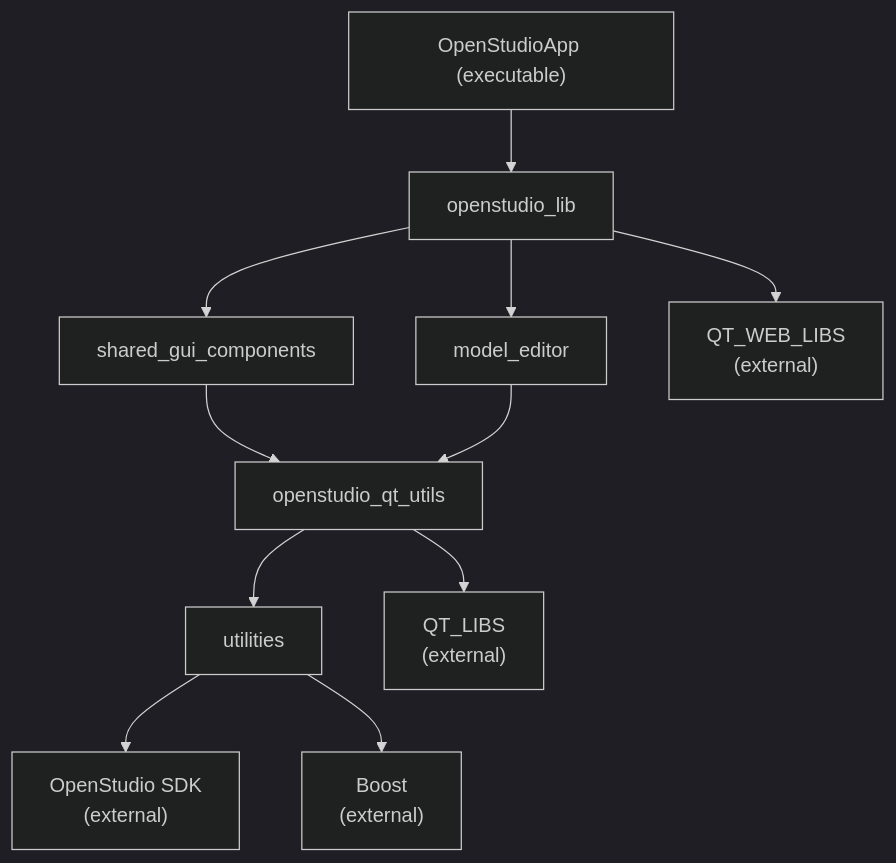
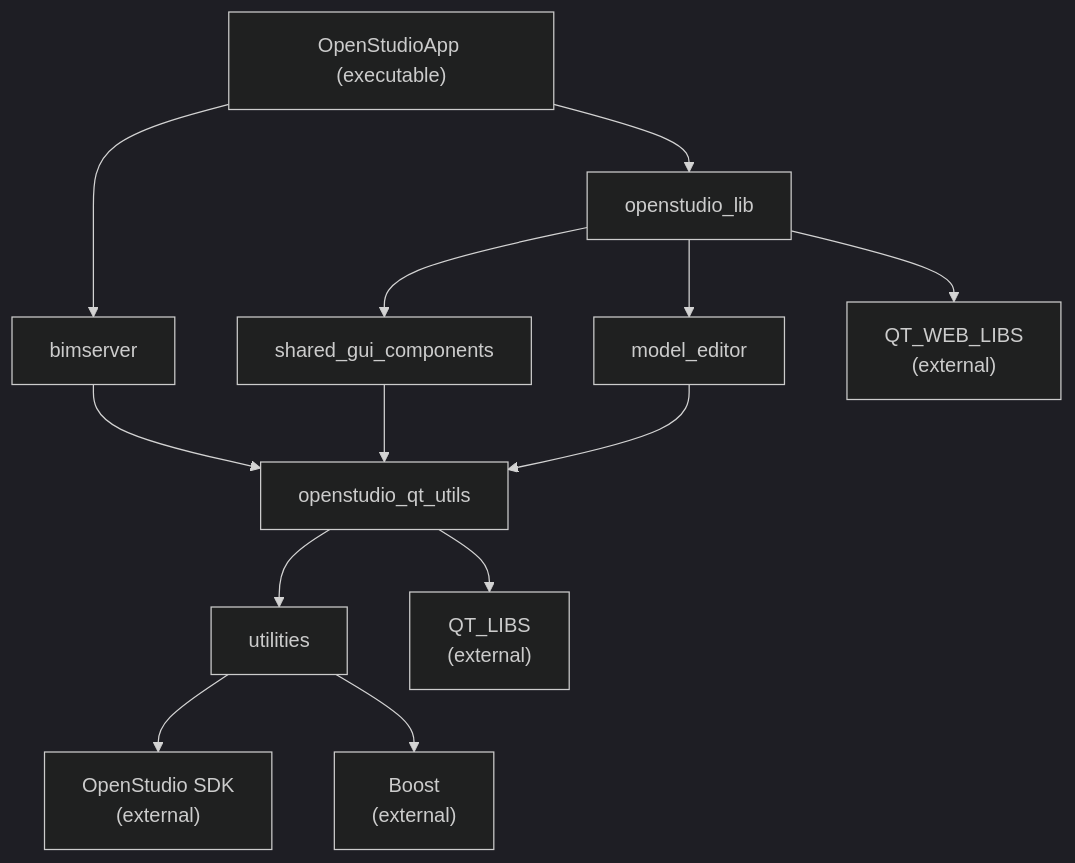
One commit to openstudiocoalition/OpenStudioApplication changed the third of 4 diagrams in developer/doc/architecture.md. Above: the diagram before and after it, drawn with Mermaid (dark theme). The commit also changed other lines of this file and 4 other files, not shown here.

````diff
--- a/developer/doc/architecture.md
+++ b/developer/doc/architecture.md
@@ -85,24 +88,27 @@
 ```mermaid
 flowchart TD
   EXE["OpenStudioApp (executable)"]
   LIB["openstudio_lib"]
   SHARED["shared_gui_components"]
   ME["model_editor"]
+  BIMSERVER["bimserver"]
   QTUTILS["openstudio_qt_utils"]
   UTIL["utilities"]
   QTWEB["QT_WEB_LIBS<br>(external)"]
   QTLIB["QT_LIBS<br>(external)"]
   OSSDK["OpenStudio SDK<br>(external)"]
   BOOST["Boost<br>(external)"]
 
   EXE --> LIB
+  EXE --> BIMSERVER
   LIB --> SHARED
   LIB --> ME
   LIB --> QTWEB
+  BIMSERVER --> QTUTILS
   SHARED --> QTUTILS
   ME --> QTUTILS
   QTUTILS --> UTIL
   QTUTILS --> QTLIB
   UTIL --> OSSDK
   UTIL --> BOOST
 ```
````
